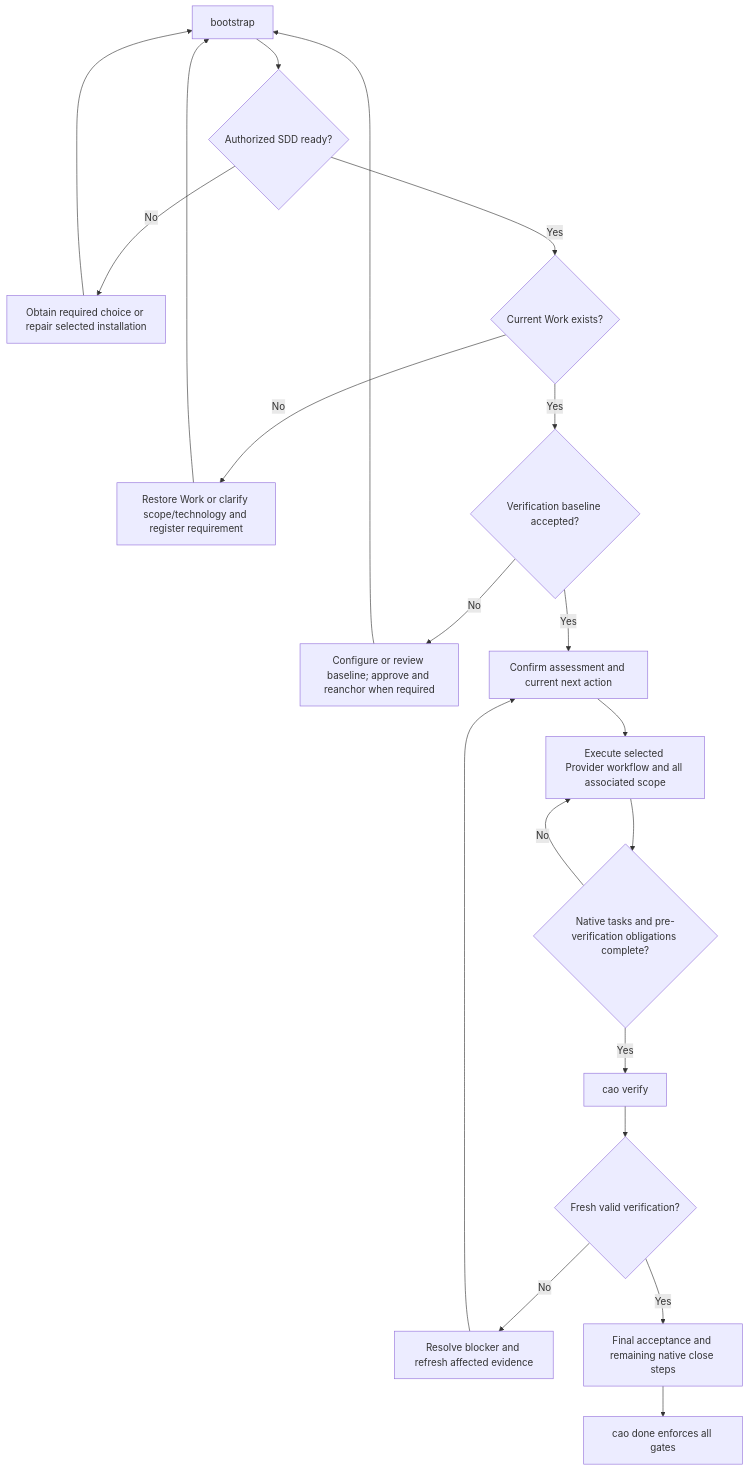
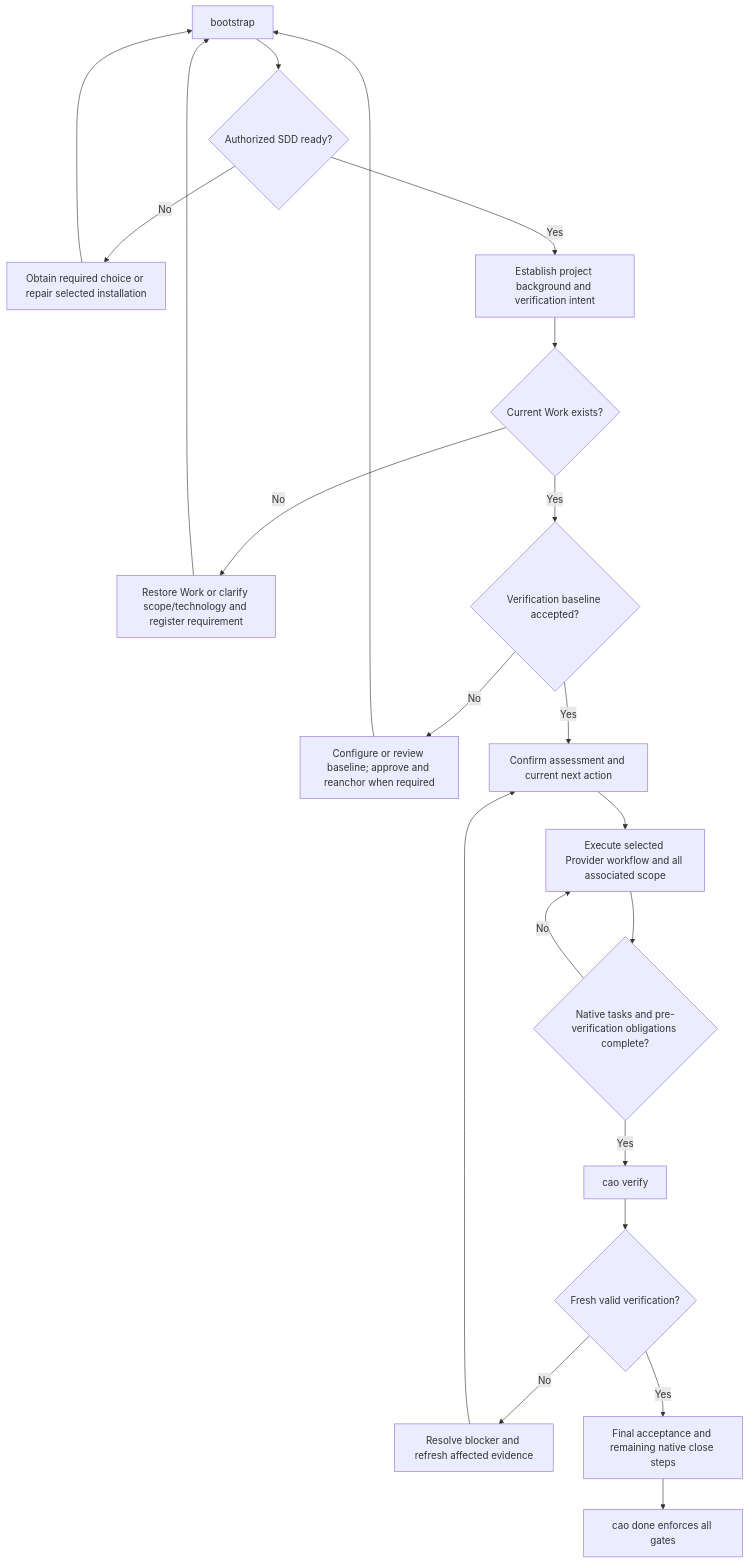
The diagram in SKILL.md (wymix-tech/coding-agent-orchestrator), drawn with Mermaid before and after one commit. The commit also changed other lines of this file and 28 other files, not shown here.

````diff
--- a/SKILL.md
+++ b/SKILL.md
@@ -56,22 +56,23 @@
 ```mermaid
 flowchart TD
     A["bootstrap"] --> B{"Authorized SDD ready?"}
     B -->|No| C["Obtain required choice or repair selected installation"]
     C --> A
-    B -->|Yes| D{"Current Work exists?"}
+    B -->|Yes| P["Establish project background and verification intent"]
+    P --> D{"Current Work exists?"}
     D -->|No| E["Restore Work or clarify scope/technology and register requirement"]
     E --> A
     D -->|Yes| F{"Verification baseline accepted?"}
     F -->|No| G["Configure or review baseline; approve and reanchor when required"]
     G --> A
     F -->|Yes| H["Confirm assessment and current next action"]
     H --> I["Execute selected Provider workflow and all associated scope"]
     I --> J{"Native tasks and pre-verification obligations complete?"}
     J -->|No| I
     J -->|Yes| K["cao verify"]
     K --> L{"Fresh valid verification?"}
     L -->|No| M["Resolve blocker and refresh affected evidence"]
     M --> H
     L -->|Yes| N["Final acceptance and remaining native close steps"]
     N --> O["cao done enforces all gates"]
 ```
````
